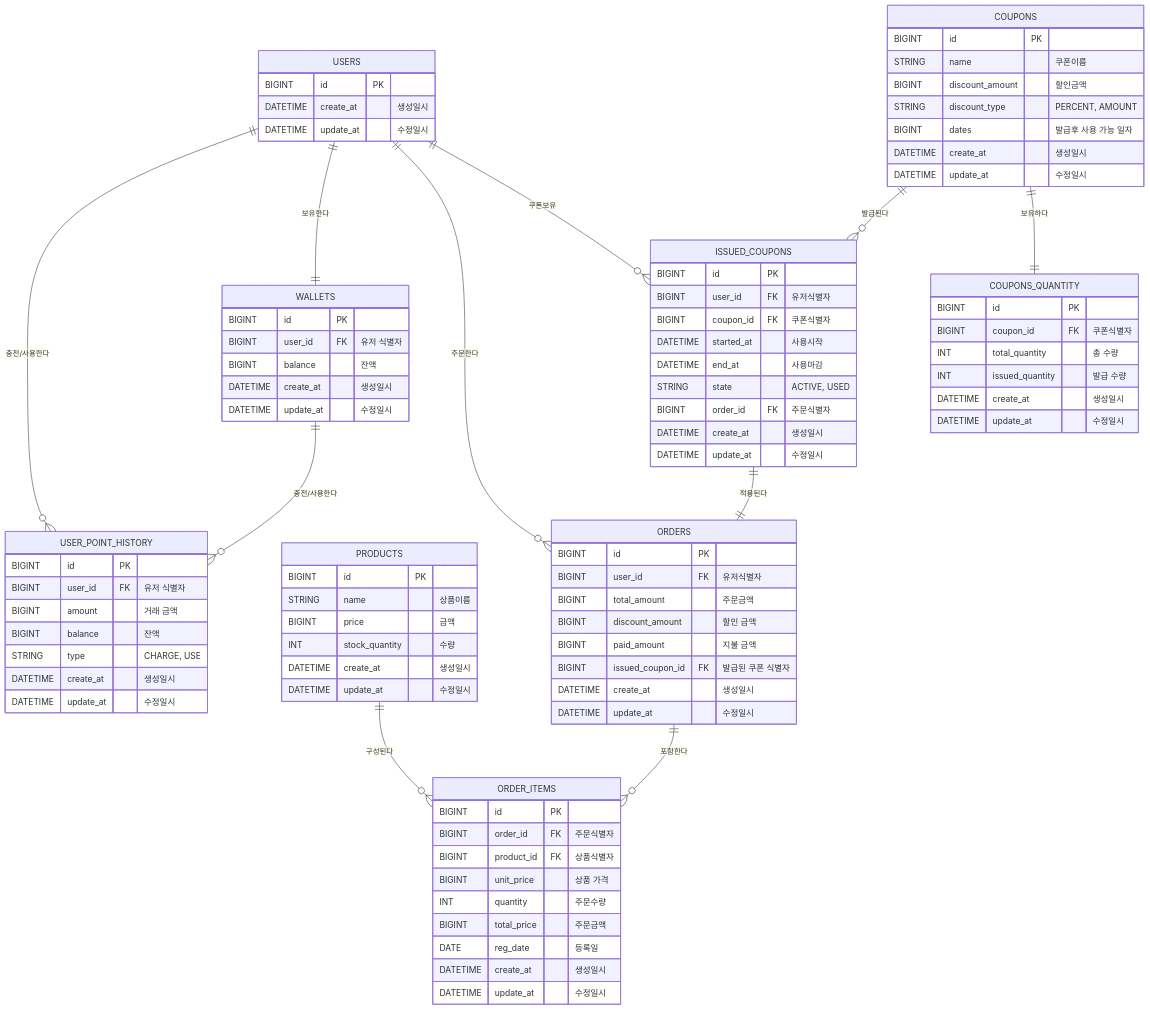
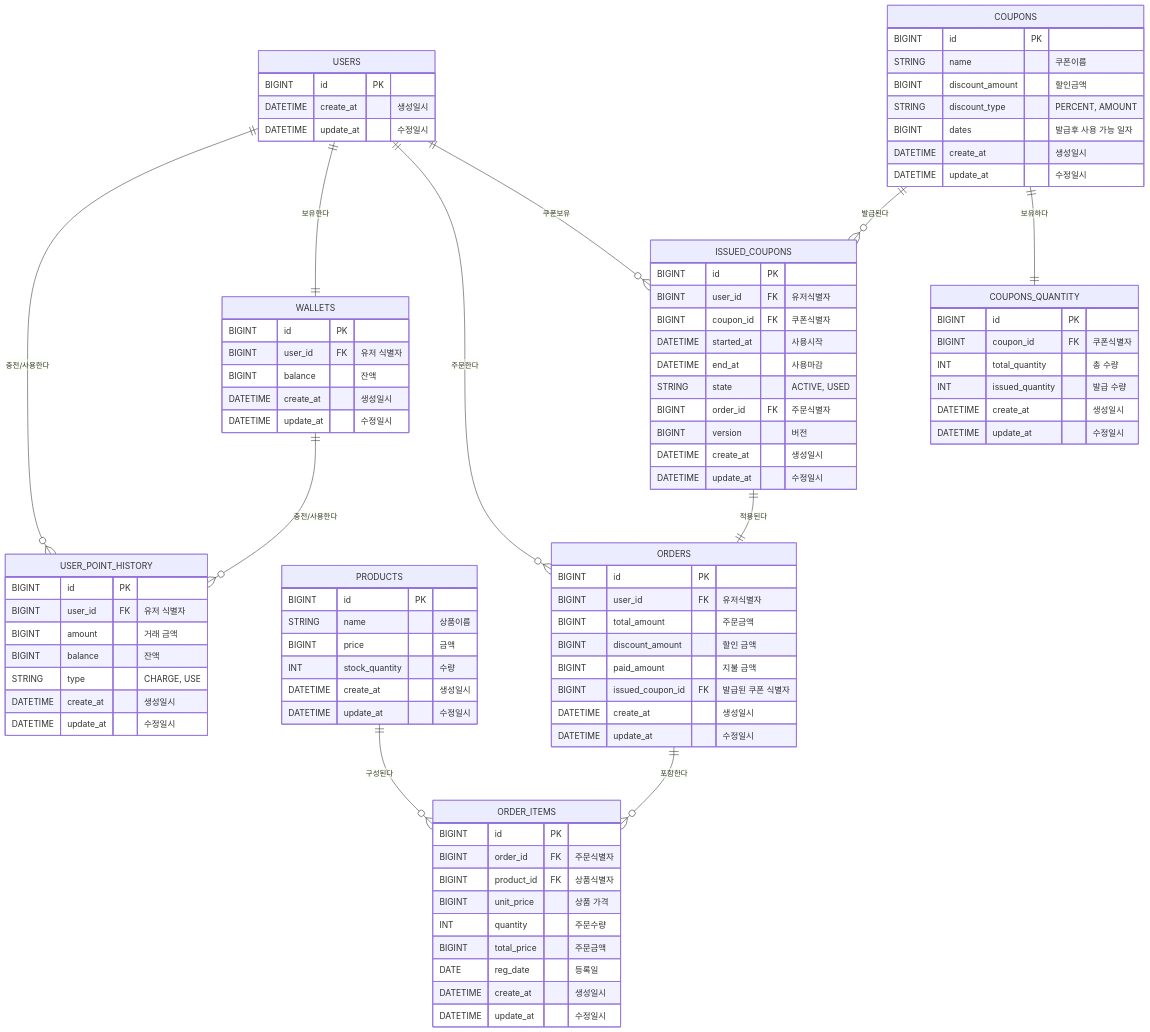
The diagram in docs/erd-diagram.md (HyunJng/e-commerce), drawn with Mermaid before and after one commit. The commit also changed 14 other files, not shown here.

```diff
--- a/docs/erd-diagram.md
+++ b/docs/erd-diagram.md
@@ -24,7 +24,8 @@
         BIGINT balance "잔액"
         STRING type "CHARGE, USE"
         DATETIME create_at "생성일시"
-        DATETIME update_at "수정일시"    }
+        DATETIME update_at "수정일시"
+    }
 
     PRODUCTS {
         BIGINT id PK
@@ -43,7 +44,8 @@
         BIGINT paid_amount "지불 금액"
         BIGINT issued_coupon_id FK "발급된 쿠폰 식별자"
         DATETIME create_at "생성일시"
-        DATETIME update_at "수정일시"    }
+        DATETIME update_at "수정일시"
+    }
 
     ORDER_ITEMS {
         BIGINT id PK
@@ -54,7 +56,8 @@
         BIGINT total_price "주문금액"
         DATE reg_date "등록일"
         DATETIME create_at "생성일시"
-        DATETIME update_at "수정일시"    }
+        DATETIME update_at "수정일시"
+    }
 
     COUPONS {
         BIGINT id PK
@@ -63,7 +66,8 @@
         STRING discount_type "PERCENT, AMOUNT"
         BIGINT dates "발급후 사용 가능 일자"
         DATETIME create_at "생성일시"
-        DATETIME update_at "수정일시"    }
+        DATETIME update_at "수정일시"
+    }
 
     COUPONS_QUANTITY {
         BIGINT id PK
@@ -71,8 +75,8 @@
         INT total_quantity "총 수량"
         INT issued_quantity "발급 수량"
         DATETIME create_at "생성일시"
-        DATETIME update_at "수정일시"    }
-
+        DATETIME update_at "수정일시"
+    }
 
     ISSUED_COUPONS {
         BIGINT id PK
@@ -82,6 +86,7 @@
         DATETIME end_at "사용마감"
         STRING state "ACTIVE, USED"
         BIGINT order_id FK "주문식별자"
+        BIGINT version "버전"
         DATETIME create_at "생성일시"
         DATETIME update_at "수정일시"
     }
@@ -89,10 +94,8 @@
 %% 관계 정의
     USERS ||--o{ USER_POINT_HISTORY: "충전/사용한다"
     WALLETS ||--o{ USER_POINT_HISTORY: "충전/사용한다"
-
     USERS ||--|| WALLETS: "보유한다"
     USERS ||--o{ ORDERS: "주문한다"
-    
     USERS ||--o{ ISSUED_COUPONS: "쿠폰보유"
     ORDERS ||--o{ ORDER_ITEMS: "포함한다"
     PRODUCTS ||--o{ ORDER_ITEMS: "구성된다"
```
